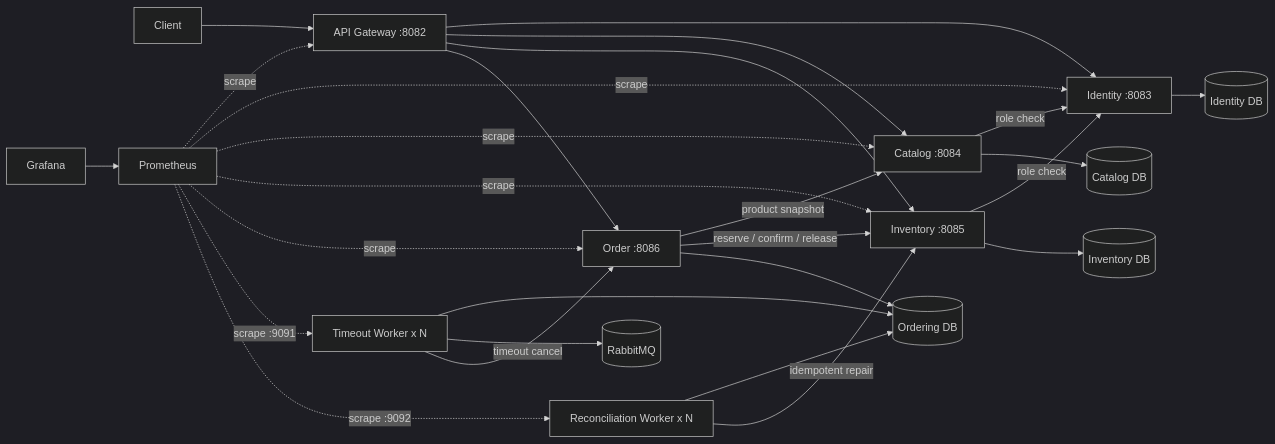
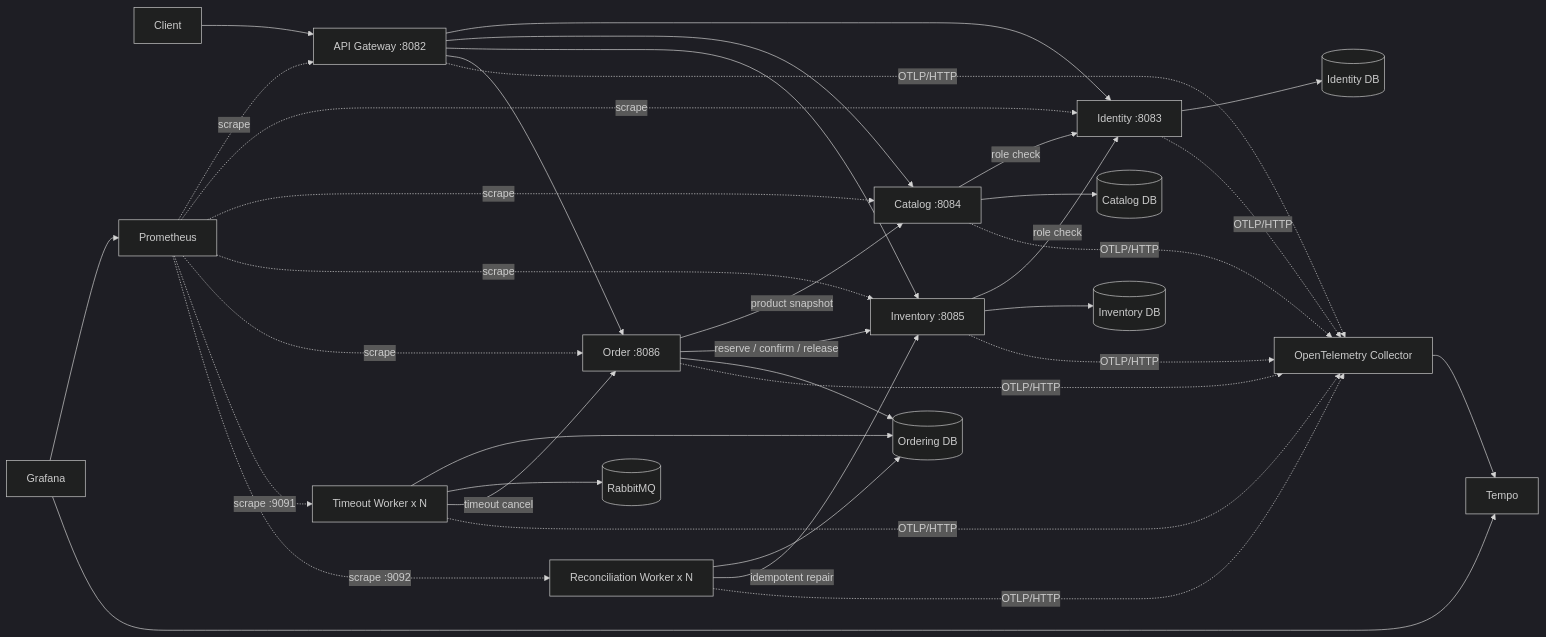
One commit to Yotoha0303/go-order-management-system-cloudnative-lab changed the diagram in README.md. Above: the diagram before and after it, drawn with Mermaid (dark theme). The commit also changed other lines of this file, not shown here.

````diff
--- a/README.md
+++ b/README.md
@@ -42,35 +45,46 @@
 ```mermaid
 flowchart LR
     Client[Client] --> Gateway[API Gateway :8082]
 
     Gateway --> Identity[Identity :8083]
     Gateway --> Catalog[Catalog :8084]
     Gateway --> Inventory[Inventory :8085]
     Gateway --> Order[Order :8086]
 
     Catalog -->|role check| Identity
     Inventory -->|role check| Identity
     Order -->|product snapshot| Catalog
     Order -->|reserve / confirm / release| Inventory
 
     Identity --> IdentityDB[(Identity DB)]
     Catalog --> CatalogDB[(Catalog DB)]
     Inventory --> InventoryDB[(Inventory DB)]
     Order --> OrderingDB[(Ordering DB)]
 
     TimeoutWorker[Timeout Worker x N] --> OrderingDB
     TimeoutWorker --> RabbitMQ[(RabbitMQ)]
     TimeoutWorker -->|timeout cancel| Order
 
     ReconcileWorker[Reconciliation Worker x N] --> OrderingDB
     ReconcileWorker -->|idempotent repair| Inventory
 
     Prometheus[Prometheus] -. scrape .-> Gateway
     Prometheus -. scrape .-> Identity
     Prometheus -. scrape .-> Catalog
     Prometheus -. scrape .-> Inventory
     Prometheus -. scrape .-> Order
     Prometheus -. scrape :9091 .-> TimeoutWorker
     Prometheus -. scrape :9092 .-> ReconcileWorker
+
+    Gateway -. OTLP/HTTP .-> Collector[OpenTelemetry Collector]
+    Identity -. OTLP/HTTP .-> Collector
+    Catalog -. OTLP/HTTP .-> Collector
+    Inventory -. OTLP/HTTP .-> Collector
+    Order -. OTLP/HTTP .-> Collector
+    TimeoutWorker -. OTLP/HTTP .-> Collector
+    ReconcileWorker -. OTLP/HTTP .-> Collector
+    Collector --> Tempo[Tempo]
+
     Grafana[Grafana] --> Prometheus
+    Grafana --> Tempo
 ```
````
